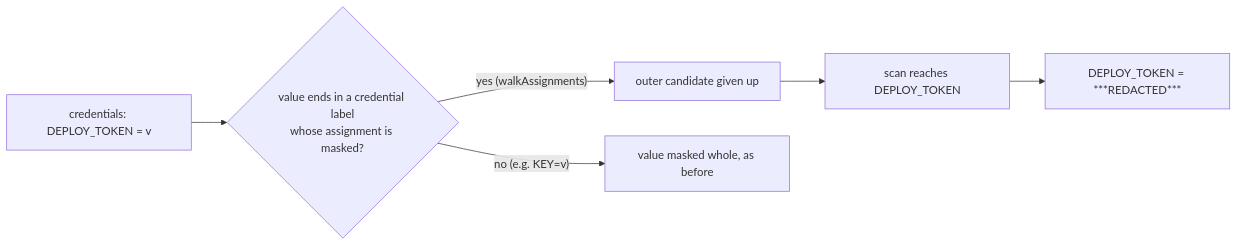
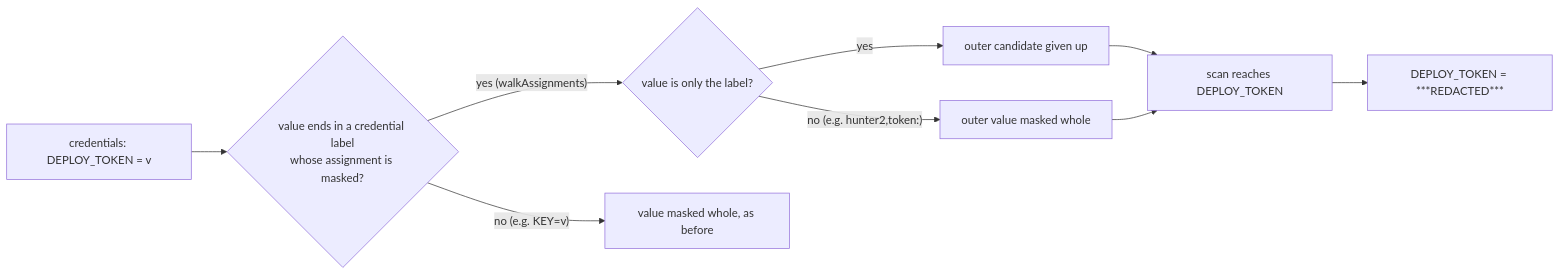
Before and after one commit to stSoftwareAU/VibeCoder: the diagram in docs/archive/pr-summaries/pr-summary-5310.md, drawn with Mermaid. The commit also changed other lines of this file and 3 other files, not shown here.

````diff
--- a/docs/archive/pr-summaries/pr-summary-5310.md
+++ b/docs/archive/pr-summaries/pr-summary-5310.md
@@ -88,8 +102,11 @@
 ```mermaid
 flowchart LR
     A["credentials: DEPLOY_TOKEN = v"] --> B{"value ends in a credential label<br/>whose assignment is masked?"}
-    B -->|"yes (walkAssignments)"| C["outer candidate given up"]
+    B -->|"yes (walkAssignments)"| G{"value is only the label?"}
+    G -->|"yes"| C["outer candidate given up"]
+    G -->|"no (e.g. hunter2,token:)"| H["outer value masked whole"]
     C --> D["scan reaches DEPLOY_TOKEN"]
+    H --> D
     D --> E["DEPLOY_TOKEN = ***REDACTED***"]
     B -->|"no (e.g. KEY=v)"| F["value masked whole, as before"]
 ```
````
